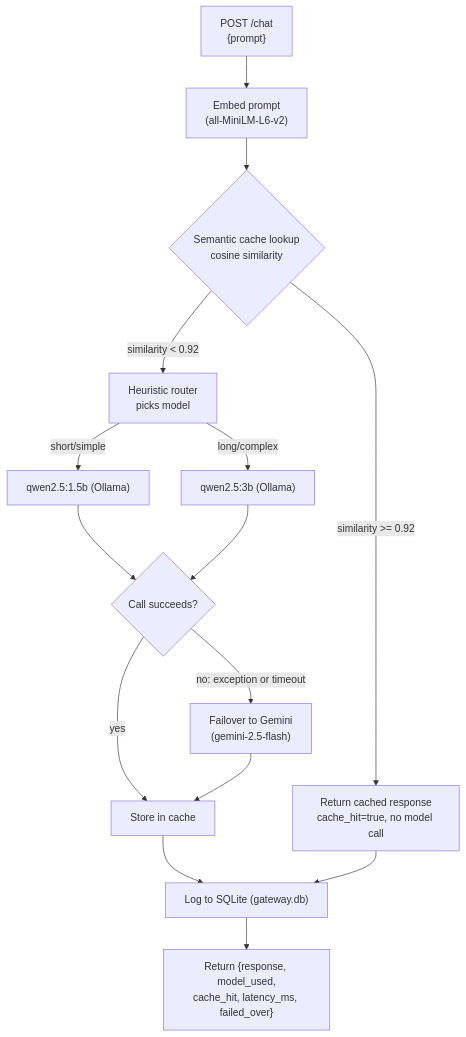
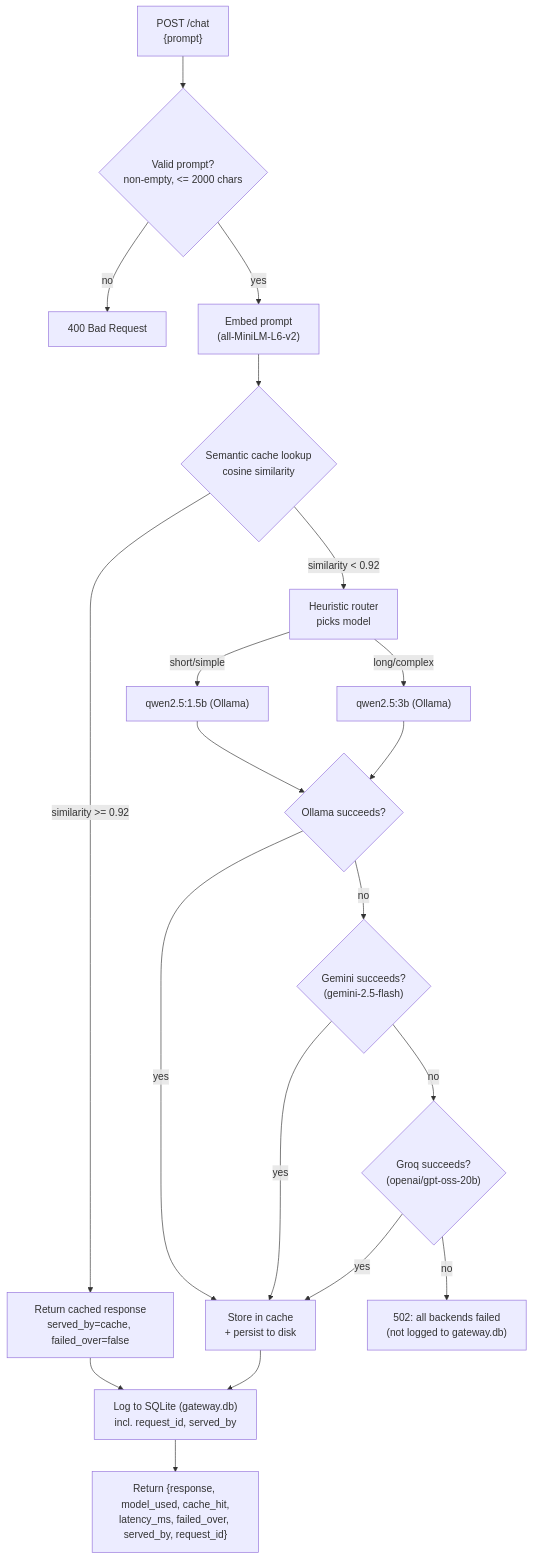
Before and after one commit to amanjuneja420/llm-gateway: the diagram in README.md, drawn with Mermaid. The commit also changed other lines of this file and 1 other file, not shown here.

````diff
--- a/README.md
+++ b/README.md
@@ -15,17 +15,22 @@
 ```mermaid
 flowchart TD
-    A["POST /chat<br/>{prompt}"] --> B["Embed prompt<br/>(all-MiniLM-L6-v2)"]
+    A["POST /chat<br/>{prompt}"] --> V{"Valid prompt?<br/>non-empty, <= 2000 chars"}
+    V -->|"no"| VE["400 Bad Request"]
+    V -->|"yes"| B["Embed prompt<br/>(all-MiniLM-L6-v2)"]
     B --> C{"Semantic cache lookup<br/>cosine similarity"}
-    C -->|"similarity >= 0.92"| D["Return cached response<br/>cache_hit=true, no model call"]
+    C -->|"similarity >= 0.92"| D["Return cached response<br/>served_by=cache, failed_over=false"]
     C -->|"similarity < 0.92"| E["Heuristic router<br/>picks model"]
     E -->|"short/simple"| F["qwen2.5:1.5b (Ollama)"]
     E -->|"long/complex"| G["qwen2.5:3b (Ollama)"]
-    F --> H{"Call succeeds?"}
-    G --> H
-    H -->|"yes"| I["Store in cache"]
-    H -->|"no: exception or timeout"| J["Failover to Gemini<br/>(gemini-2.5-flash)"]
-    J --> I
-    I --> K["Log to SQLite (gateway.db)"]
+    F --> H1{"Ollama succeeds?"}
+    G --> H1
+    H1 -->|"yes"| ST["Store in cache<br/>+ persist to disk"]
+    H1 -->|"no"| H2{"Gemini succeeds?<br/>(gemini-2.5-flash)"}
+    H2 -->|"yes"| ST
+    H2 -->|"no"| H3{"Groq succeeds?<br/>(openai/gpt-oss-20b)"}
+    H3 -->|"yes"| ST
+    H3 -->|"no"| ERR["502: all backends failed<br/>(not logged to gateway.db)"]
+    ST --> K["Log to SQLite (gateway.db)<br/>incl. request_id, served_by"]
     D --> K
-    K --> L["Return {response, model_used,<br/>cache_hit, latency_ms, failed_over}"]
+    K --> L["Return {response, model_used, cache_hit,<br/>latency_ms, failed_over, served_by, request_id}"]
 ```
````
